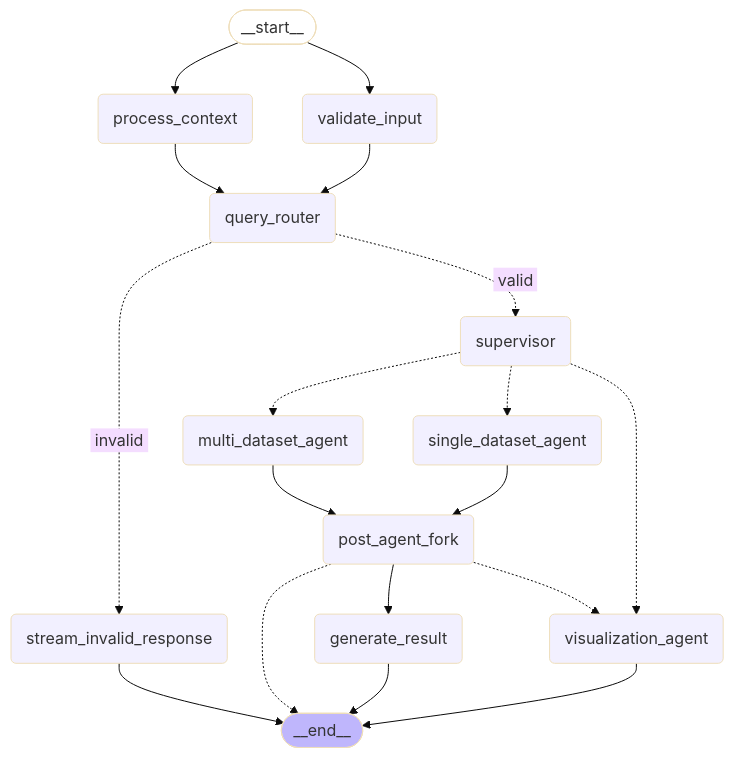
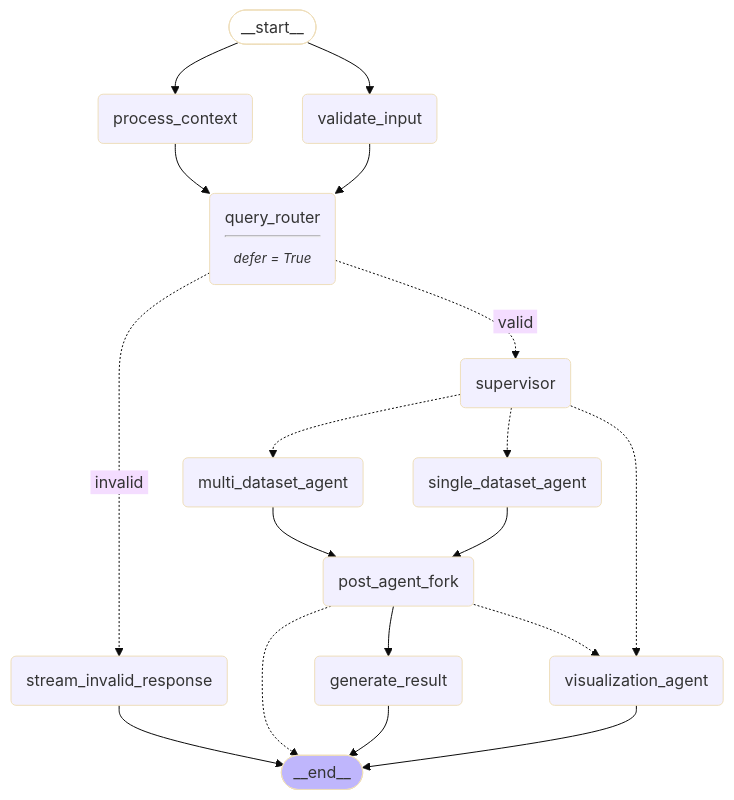
The diagram in chat-server/app/workflow/graph/graph_mermaid/agent_graph.mmd (factly/gopie), drawn with Mermaid (base theme) before and after one commit. The commit also changed 153 other files, not shown here.

```diff
--- a/chat-server/app/workflow/graph/graph_mermaid/agent_graph.mmd
+++ b/chat-server/app/workflow/graph/graph_mermaid/agent_graph.mmd
@@ -1,38 +1,38 @@
 ---
 config:
   flowchart:
     curve: basis
 ---
 graph TD;
 	__start__([<p>__start__</p>]):::first
 	validate_input(validate_input)
 	stream_invalid_response(stream_invalid_response)
 	process_context(process_context)
 	supervisor(supervisor)
 	multi_dataset_agent(multi_dataset_agent)
 	single_dataset_agent(single_dataset_agent)
 	visualization_agent(visualization_agent)
 	generate_result(generate_result)
 	post_agent_fork(post_agent_fork)
-	query_router(query_router)
+	query_router(query_router<hr/><small><em>defer = True</em></small>)
 	__end__([<p>__end__</p>]):::last
 	__start__ --> process_context;
 	__start__ --> validate_input;
 	multi_dataset_agent --> post_agent_fork;
 	post_agent_fork -.-> __end__;
 	post_agent_fork --> generate_result;
 	post_agent_fork -.-> visualization_agent;
 	process_context --> query_router;
 	query_router -. &nbsp;invalid&nbsp; .-> stream_invalid_response;
 	query_router -. &nbsp;valid&nbsp; .-> supervisor;
 	single_dataset_agent --> post_agent_fork;
 	supervisor -.-> multi_dataset_agent;
 	supervisor -.-> single_dataset_agent;
 	supervisor -.-> visualization_agent;
 	validate_input --> query_router;
 	generate_result --> __end__;
 	stream_invalid_response --> __end__;
 	visualization_agent --> __end__;
 	classDef default fill:#f2f0ff,line-height:1.2
 	classDef first fill-opacity:0
 	classDef last fill:#bfb6fc
```
